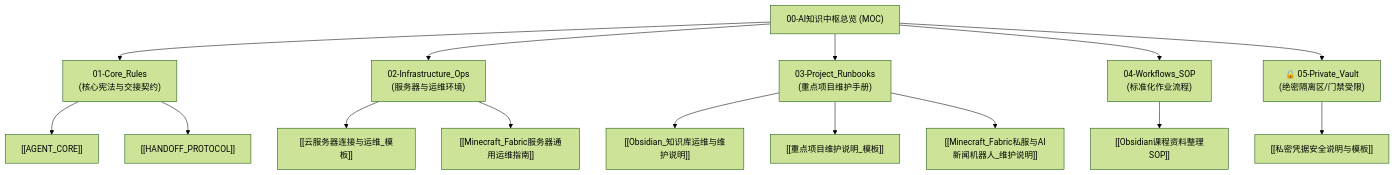
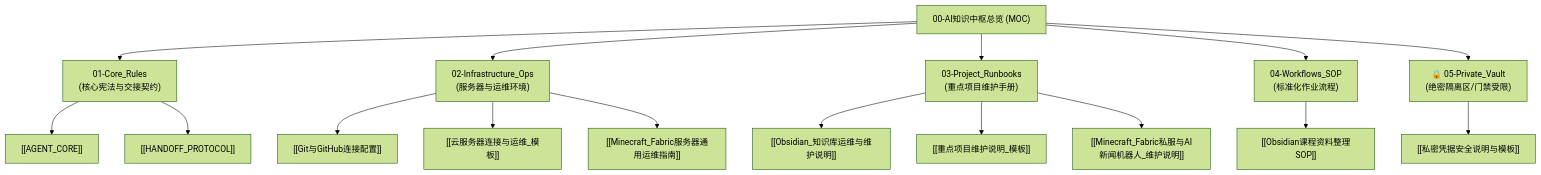
Before and after one commit to X-8871/Obsidian: the diagram in 09-AI_Knowledge_Hub/00-AI知识中枢总览.md, drawn with Mermaid (forest theme). The commit also changed other lines of this file and 3 other files, not shown here.

````diff
--- a/09-AI_Knowledge_Hub/00-AI知识中枢总览.md
+++ b/09-AI_Knowledge_Hub/00-AI知识中枢总览.md
@@ -98,20 +104,21 @@
 ```mermaid
 graph TD
     Hub["00-AI知识中枢总览 (MOC)"]
     
     Hub --> R["01-Core_Rules<br/>(核心宪法与交接契约)"]
     Hub --> O["02-Infrastructure_Ops<br/>(服务器与运维环境)"]
     Hub --> P["03-Project_Runbooks<br/>(重点项目维护手册)"]
     Hub --> W["04-Workflows_SOP<br/>(标准化作业流程)"]
     Hub --> V["🔒 05-Private_Vault<br/>(绝密隔离区/门禁受限)"]
 
     R --> R1["[[AGENT_CORE]]"]
     R --> R2["[[HANDOFF_PROTOCOL]]"]
-    O --> O1["[[云服务器连接与运维_模板]]"]
-    O --> O2["[[Minecraft_Fabric服务器通用运维指南]]"]
+    O --> O1["[[Git与GitHub连接配置]]"]
+    O --> O2["[[云服务器连接与运维_模板]]"]
+    O --> O3["[[Minecraft_Fabric服务器通用运维指南]]"]
     P --> P1["[[Obsidian_知识库运维与维护说明]]"]
     P --> P2["[[重点项目维护说明_模板]]"]
     P --> P3["[[Minecraft_Fabric私服与AI新闻机器人_维护说明]]"]
     W --> W1["[[Obsidian课程资料整理SOP]]"]
     V --> V1["[[私密凭据安全说明与模板]]"]
 ```
````
